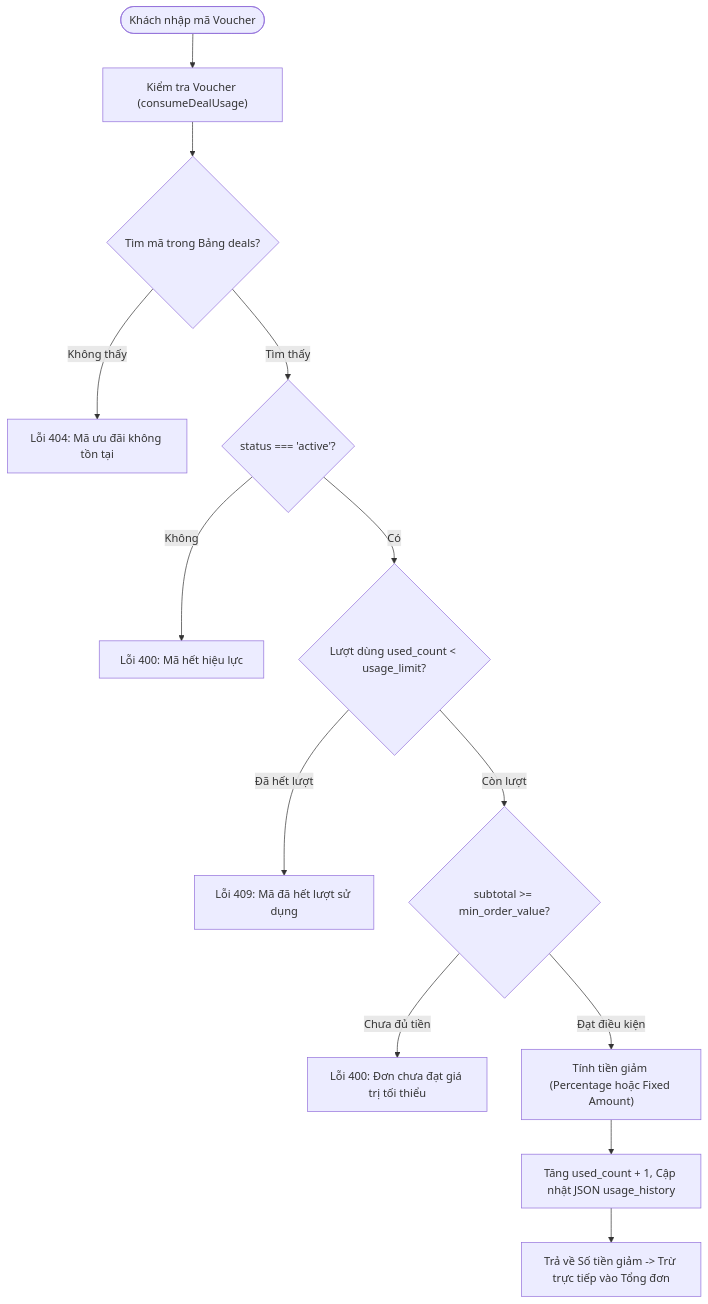
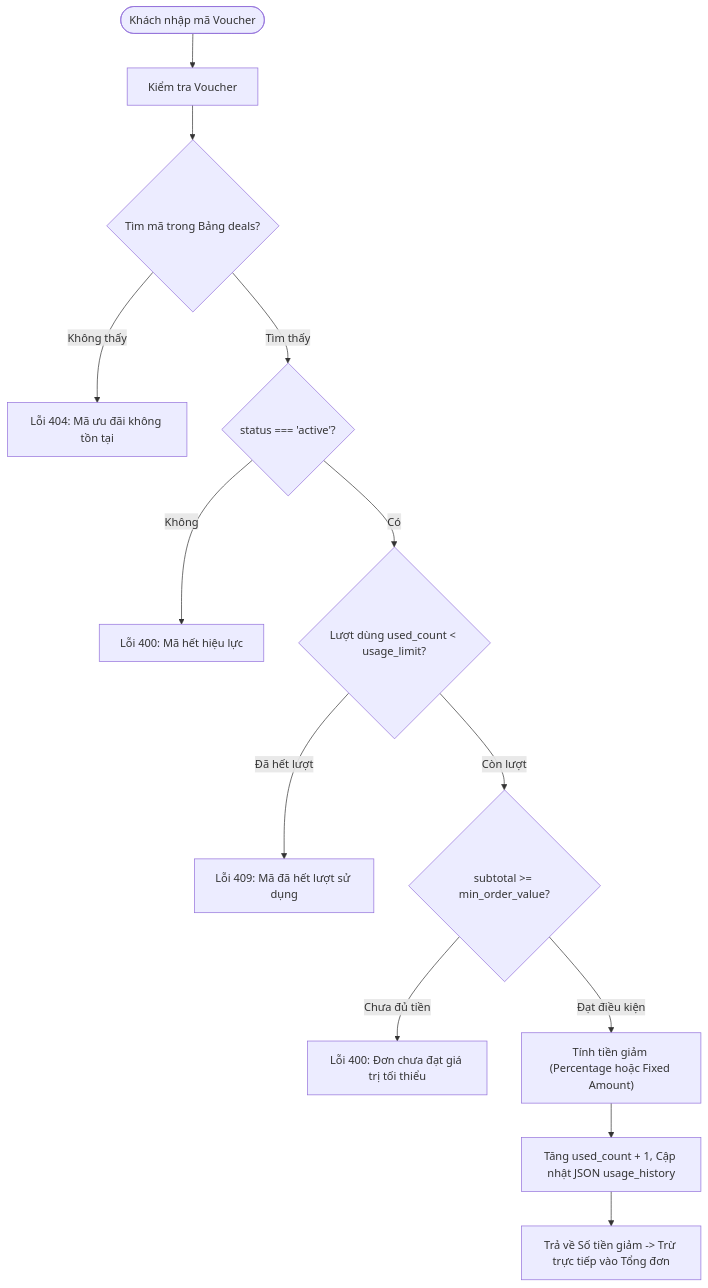
Before and after one commit to dinhphu-3564/Restaurant-Management: the tenth of 14 diagrams in docs/So_do_Cau_truc/So_do_cau_truc.md, drawn with Mermaid. The commit also changed other lines of this file and 6 other files, not shown here.

````diff
--- a/docs/So_do_Cau_truc/So_do_cau_truc.md
+++ b/docs/So_do_Cau_truc/So_do_cau_truc.md
@@ -289,20 +289,20 @@
 ```mermaid
 flowchart TD
-    InputCoupon([Khách nhập mã Voucher]) --> CallCheckCoupon["Kiểm tra Voucher (consumeDealUsage)"]
+    InputCoupon([Khách nhập mã Voucher]) --> CallCheckCoupon["Kiểm tra Voucher"]
     CallCheckCoupon --> FindDeal{"Tìm mã trong Bảng deals?"}
     
     FindDeal -- "Không thấy" --> Err404["Lỗi 404: Mã ưu đãi không tồn tại"]
     FindDeal -- "Tìm thấy" --> CheckActive{"status === 'active'?"}
     
     CheckActive -- "Không" --> ErrExpired["Lỗi 400: Mã hết hiệu lực"]
     CheckActive -- "Có" --> CheckLimit{"Lượt dùng used_count < usage_limit?"}
     
     CheckLimit -- "Đã hết lượt" --> ErrLimit["Lỗi 409: Mã đã hết lượt sử dụng"]
     CheckLimit -- "Còn lượt" --> CheckMinOrder{"subtotal >= min_order_value?"}
     
     CheckMinOrder -- "Chưa đủ tiền" --> ErrMin["Lỗi 400: Đơn chưa đạt giá trị tối thiểu"]
     CheckMinOrder -- "Đạt điều kiện" --> CalcDiscount["Tính tiền giảm (Percentage hoặc Fixed Amount)"]
     
     CalcDiscount --> UpdateUsage["Tăng used_count + 1, Cập nhật JSON usage_history"]
     UpdateUsage --> ApplySuccess["Trả về Số tiền giảm -> Trừ trực tiếp vào Tổng đơn"]
 ```
````
